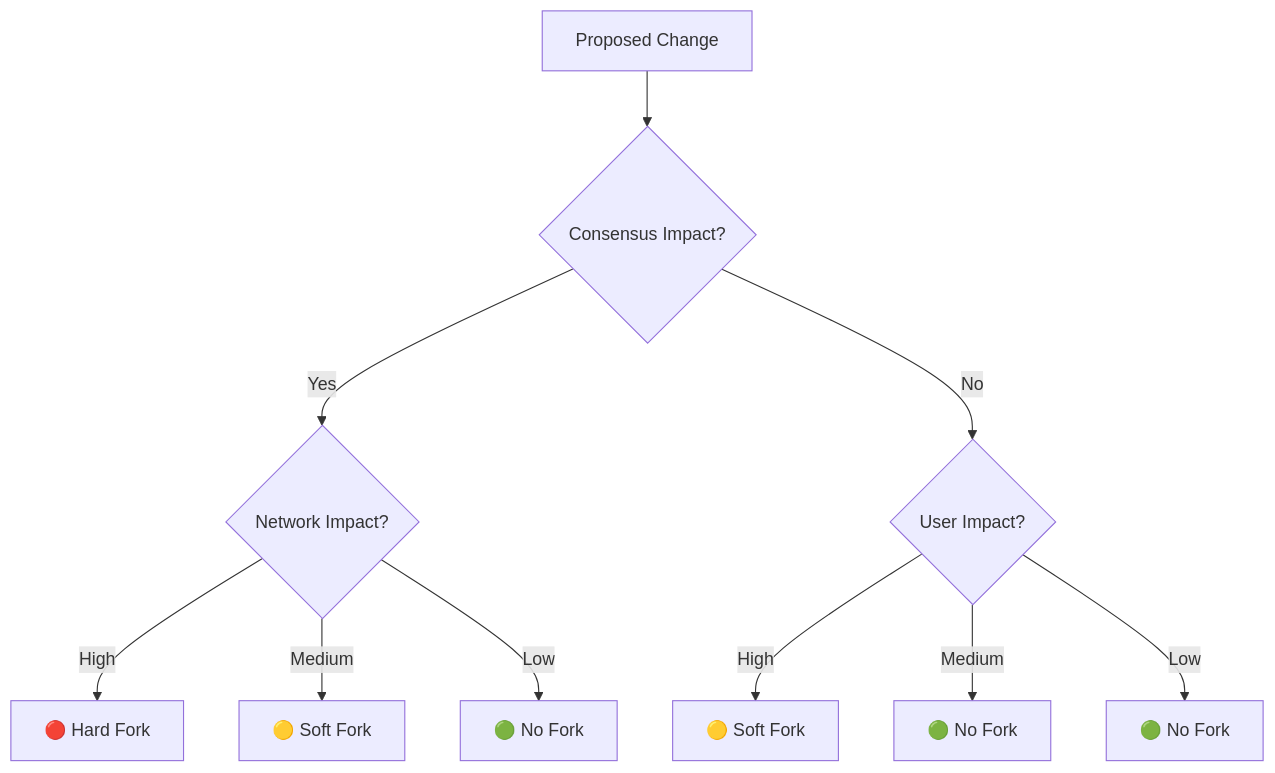
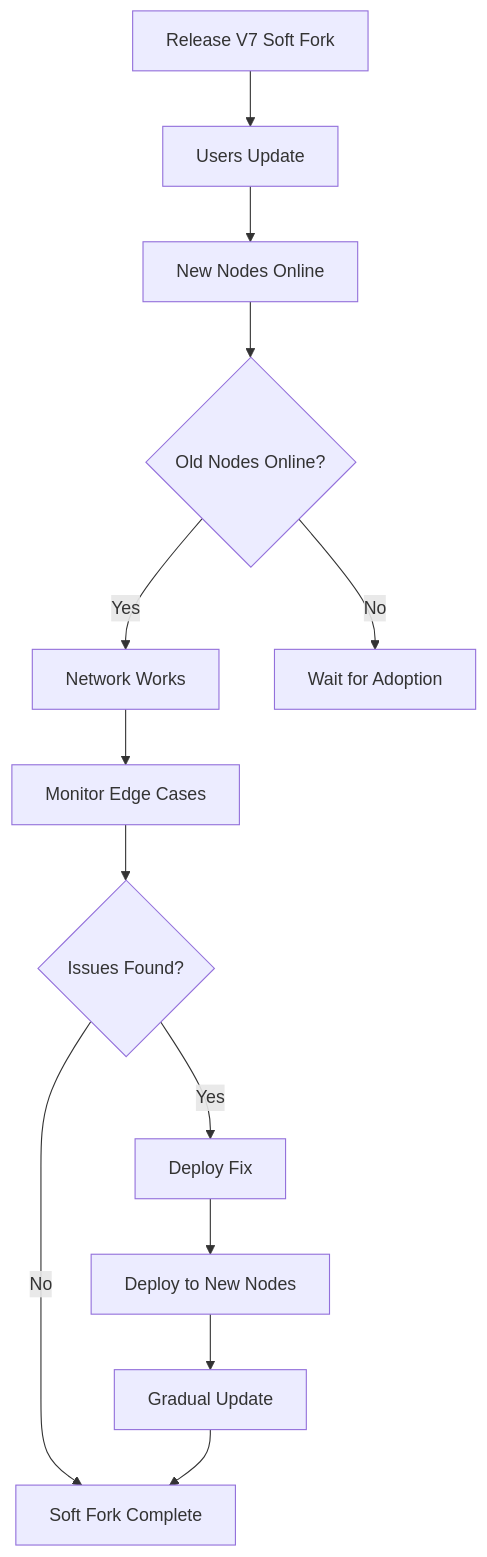
Before and after one commit to usexfg/fuego-suite: the seventh of 29 diagrams in FORK_CLASSIFICATION.md, drawn with Mermaid. The commit also changed other lines of this file and 64 other files, not shown here.

````diff
--- a/FORK_CLASSIFICATION.md
+++ b/FORK_CLASSIFICATION.md
@@ -309,14 +1257,15 @@
 ```mermaid
-graph TD
-    A[Proposed Change] --> B{Consensus Impact?}
-    B -->|Yes| C{Network Impact?}
-    B -->|No| D{User Impact?}
-    
-    C -->|High| E[🔴 Hard Fork]
-    C -->|Medium| F[🟡 Soft Fork]
-    C -->|Low| G[🟢 No Fork]
-    
-    D -->|High| H[🟡 Soft Fork]
-    D -->|Medium| I[🟢 No Fork]
-    D -->|Low| J[🟢 No Fork]
+flowchart TD
+    A[Release V7 Soft Fork] --> B[Users Update]
+    B --> C[New Nodes Online]
+    C --> D{Old Nodes Online?}
+    D -->|Yes| E[Network Works]
+    D -->|No| F[Wait for Adoption]
+    E --> G[Monitor Edge Cases]
+    G --> H{Issues Found?}
+    H -->|Yes| I[Deploy Fix]
+    H -->|No| J[Soft Fork Complete]
+    I --> K[Deploy to New Nodes]
+    K --> L[Gradual Update]
+    L --> J
 ```
````
